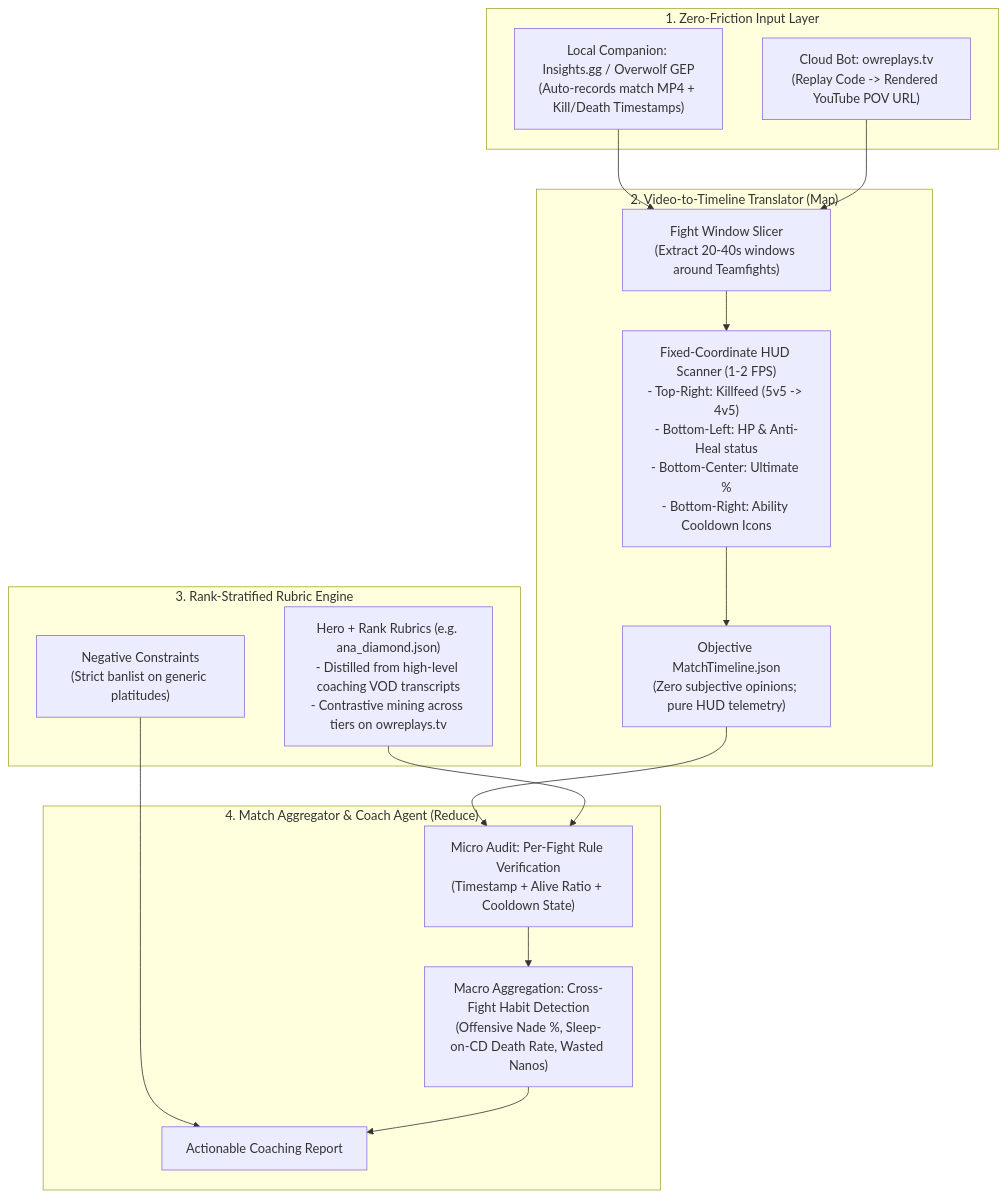
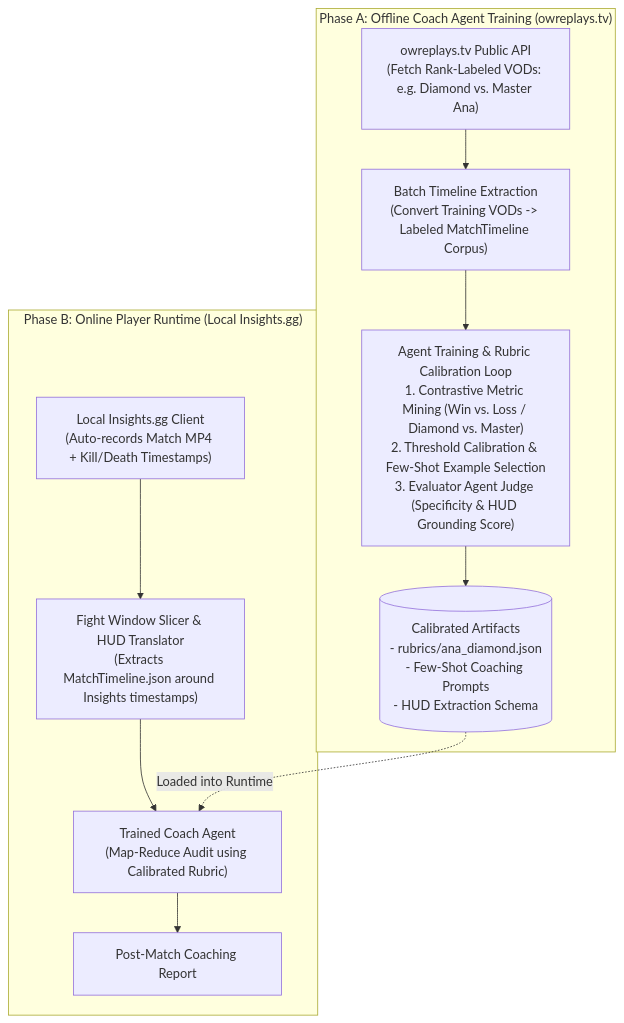
Before and after one commit to liyuche506-maker/ow-ai-coach: the diagram in ARCHITECTURE.md, drawn with Mermaid. The commit also changed other lines of this file and 1 other file, not shown here.

Commit message:
docs: clarify Offline Agent Training (owreplays.tv) vs Online Local Runtime (Insights.gg)

````diff
--- a/ARCHITECTURE.md
+++ b/ARCHITECTURE.md
@@ -22,32 +15,20 @@
 ```mermaid
-flowchart TD
-    subgraph Input_Layer ["1. Zero-Friction Input Layer"]
-        A1["Local Companion: Insights.gg / Overwolf GEP<br/>(Auto-records match MP4 + Kill/Death Timestamps)"]
-        A2["Cloud Bot: owreplays.tv<br/>(Replay Code -> Rendered YouTube POV URL)"]
+flowchart TB
+    subgraph Offline_Training ["Phase A: Offline Coach Agent Training (owreplays.tv)"]
+        T1["owreplays.tv Public API<br/>(Fetch Rank-Labeled VODs: e.g. Diamond vs. Master Ana)"]
+        T2["Batch Timeline Extraction<br/>(Convert Training VODs -> Labeled MatchTimeline Corpus)"]
+        T3["Agent Training & Rubric Calibration Loop<br/>1. Contrastive Metric Mining (Win vs. Loss / Diamond vs. Master)<br/>2. Threshold Calibration & Few-Shot Example Selection<br/>3. Evaluator Agent Judge (Specificity & HUD Grounding Score)"]
+        T4[("Calibrated Artifacts<br/>- rubrics/ana_diamond.json<br/>- Few-Shot Coaching Prompts<br/>- HUD Extraction Schema")]
+        T1 --> T2 --> T3 --> T4
     end
 
-    subgraph Perception_Layer ["2. Video-to-Timeline Translator (Map)"]
-        B1["Fight Window Slicer<br/>(Extract 20-40s windows around Teamfights)"]
-        B2["Fixed-Coordinate HUD Scanner (1-2 FPS)<br/>- Top-Right: Killfeed (5v5 -> 4v5)<br/>- Bottom-Left: HP & Anti-Heal status<br/>- Bottom-Center: Ultimate %<br/>- Bottom-Right: Ability Cooldown Icons"]
-        B3["Objective MatchTimeline.json<br/>(Zero subjective opinions; pure HUD telemetry)"]
+    subgraph Online_Runtime ["Phase B: Online Player Runtime (Local Insights.gg)"]
+        R1["Local Insights.gg Client<br/>(Auto-records Match MP4 + Kill/Death Timestamps)"]
+        R2["Fight Window Slicer & HUD Translator<br/>(Extracts MatchTimeline.json around Insights timestamps)"]
+        R3["Trained Coach Agent<br/>(Map-Reduce Audit using Calibrated Rubric)"]
+        R4["Post-Match Coaching Report"]
+        R1 --> R2 --> R3 --> R4
     end
 
-    subgraph Knowledge_Layer ["3. Rank-Stratified Rubric Engine"]
-        C1["Hero + Rank Rubrics (e.g. ana_diamond.json)<br/>- Distilled from high-level coaching VOD transcripts<br/>- Contrastive mining across tiers on owreplays.tv"]
-        C2["Negative Constraints<br/>(Strict banlist on generic platitudes)"]
-    end
-
-    subgraph Reasoning_Layer ["4. Match Aggregator & Coach Agent (Reduce)"]
-        D1["Micro Audit: Per-Fight Rule Verification<br/>(Timestamp + Alive Ratio + Cooldown State)"]
-        D2["Macro Aggregation: Cross-Fight Habit Detection<br/>(Offensive Nade %, Sleep-on-CD Death Rate, Wasted Nanos)"]
-        D3["Actionable Coaching Report"]
-    end
-
-    A1 --> B1
-    A2 --> B1
-    B1 --> B2 --> B3
-    B3 --> D1
-    C1 --> D1
-    C2 --> D3
-    D1 --> D2 --> D3
+    T4 -. "Loaded into Runtime" .-> R3
 ```
````
